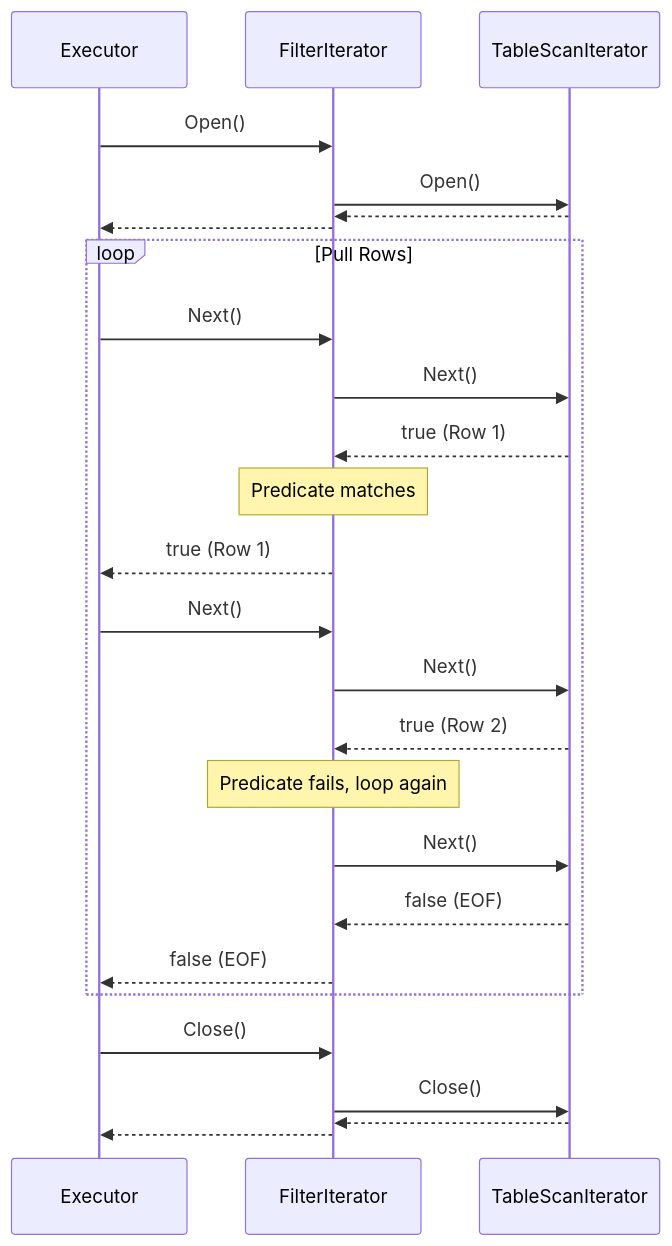
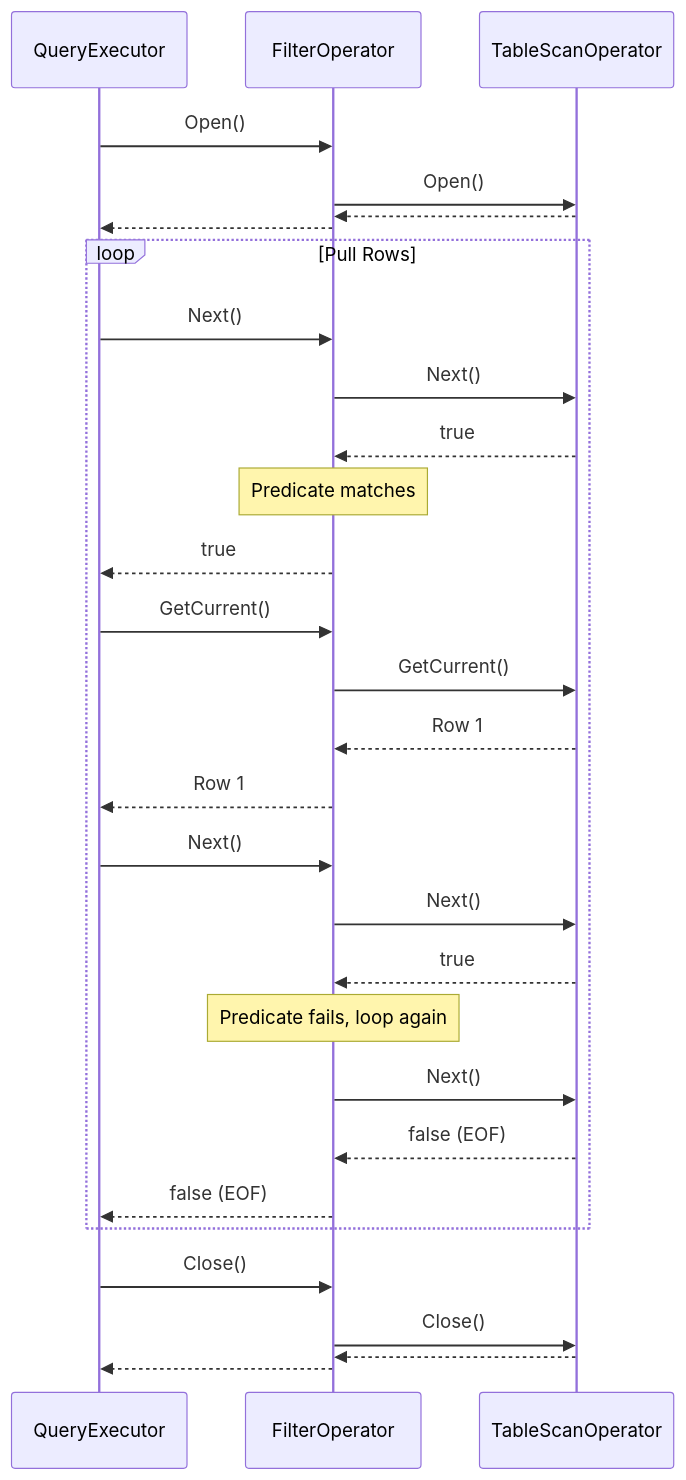
Before and after one commit to manaxpow/DBMS: diagram 18 of 18 in docs/design-patterns/query-processor/README.md, drawn with Mermaid. The commit also changed other lines of this file and 14 other files, not shown here.

Commit message:
Implement Iterator for Query Result Execution

````diff
--- a/docs/design-patterns/query-processor/README.md
+++ b/docs/design-patterns/query-processor/README.md
@@ -1148,33 +1197,38 @@
 ```mermaid
 sequenceDiagram
-    participant Executor
-    participant Filter as FilterIterator
-    participant Scan as TableScanIterator
+    participant Executor as QueryExecutor
+    participant Filter as FilterOperator
+    participant Scan as TableScanOperator
     
     Executor->>Filter: Open()
     Filter->>Scan: Open()
     Scan-->>Filter: 
     Filter-->>Executor: 
 
     loop Pull Rows
         Executor->>Filter: Next()
         Filter->>Scan: Next()
-        Scan-->>Filter: true (Row 1)
+        Scan-->>Filter: true
         Note over Filter: Predicate matches
-        Filter-->>Executor: true (Row 1)
+        Filter-->>Executor: true
+        
+        Executor->>Filter: GetCurrent()
+        Filter->>Scan: GetCurrent()
+        Scan-->>Filter: Row 1
+        Filter-->>Executor: Row 1
         
         Executor->>Filter: Next()
         Filter->>Scan: Next()
-        Scan-->>Filter: true (Row 2)
+        Scan-->>Filter: true
         Note over Filter: Predicate fails, loop again
         
         Filter->>Scan: Next()
         Scan-->>Filter: false (EOF)
         Filter-->>Executor: false (EOF)
     end
 
     Executor->>Filter: Close()
     Filter->>Scan: Close()
     Scan-->>Filter: 
     Filter-->>Executor: 
 ```
````
